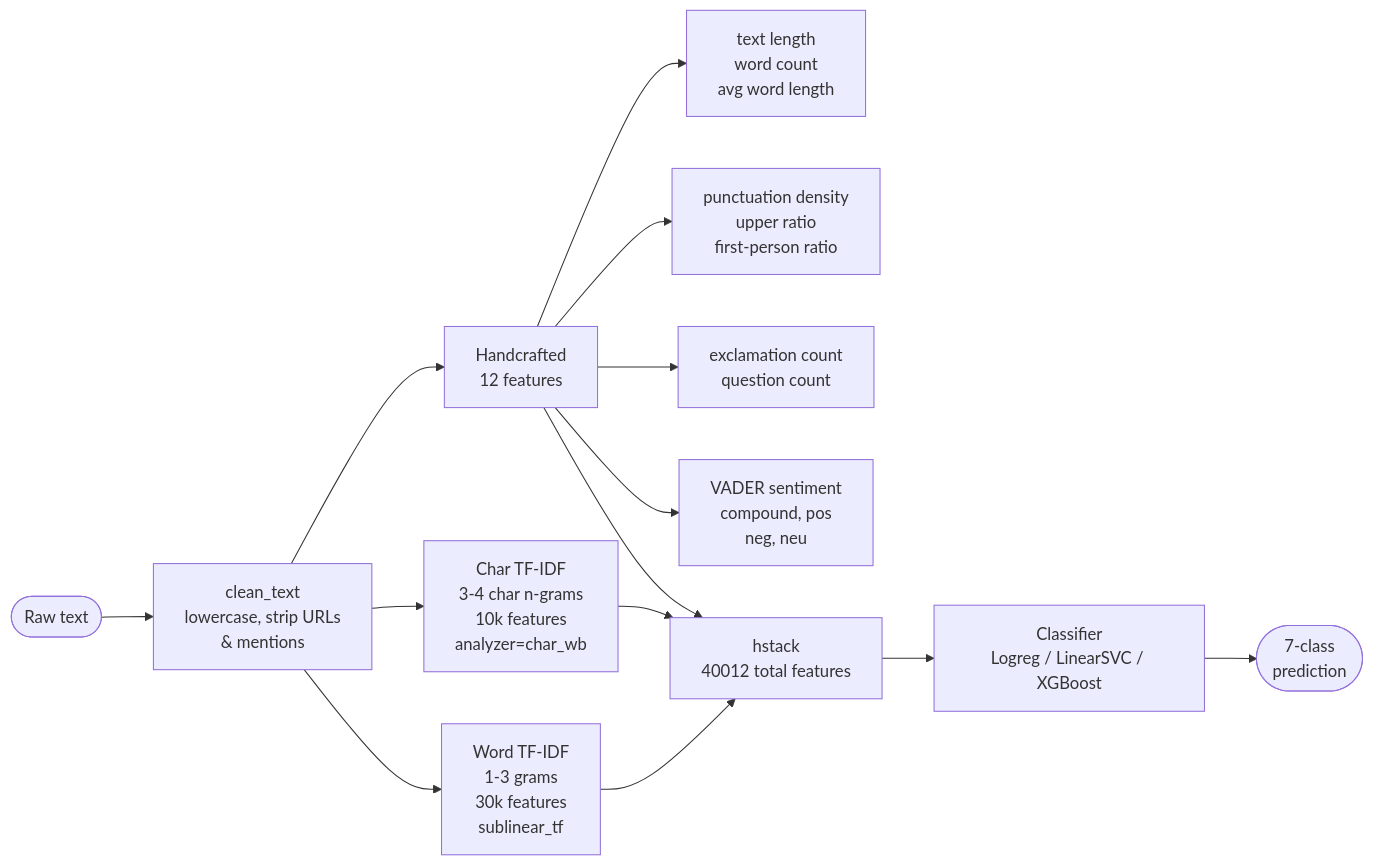
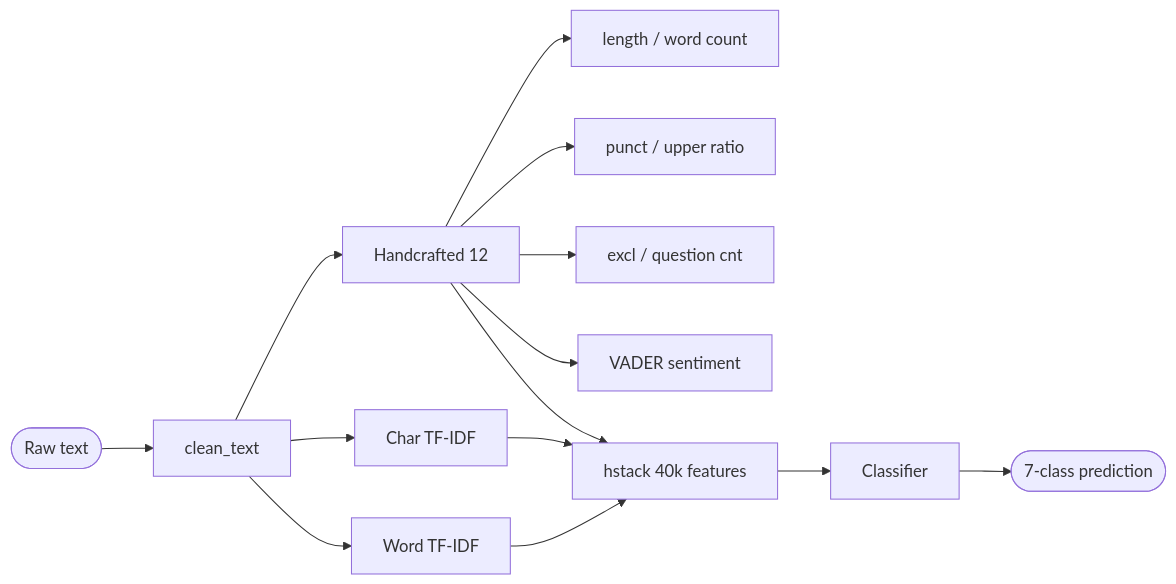
One commit to YashrajRC/DA5402_MLOPS_ProjectV2 changed the seventh of 7 diagrams in docs/architecture.md. Above: the diagram before and after it, drawn with Mermaid. The commit also changed other lines of this file and 6 other files, not shown here.

````diff
--- a/docs/architecture.md
+++ b/docs/architecture.md
@@ -245,20 +245,20 @@
 ```mermaid
 flowchart LR
-    TEXT([Raw text]) --> CLEAN[clean_text\nlowercase, strip URLs\n& mentions]
+    TEXT([Raw text]) --> CLEAN[clean_text]
 
-    CLEAN --> W[Word TF-IDF\n1-3 grams\n30k features\nsublinear_tf]
-    CLEAN --> C[Char TF-IDF\n3-4 char n-grams\n10k features\nanalyzer=char_wb]
-    CLEAN --> H[Handcrafted\n12 features]
+    CLEAN --> W[Word TF-IDF]
+    CLEAN --> C[Char TF-IDF]
+    CLEAN --> H[Handcrafted 12]
 
-    H --> H1[text length\nword count\navg word length]
-    H --> H2[punctuation density\nupper ratio\nfirst-person ratio]
-    H --> H3[exclamation count\nquestion count]
-    H --> H4[VADER sentiment\ncompound, pos\nneg, neu]
+    H --> H1[length / word count]
+    H --> H2[punct / upper ratio]
+    H --> H3[excl / question cnt]
+    H --> H4[VADER sentiment]
 
-    W --> HSTACK[hstack\n40012 total features]
+    W --> HSTACK[hstack 40k features]
     C --> HSTACK
     H --> HSTACK
 
-    HSTACK --> CLF[Classifier\nLogreg / LinearSVC / XGBoost]
-    CLF --> PRED([7-class\nprediction])
+    HSTACK --> CLF[Classifier]
+    CLF --> PRED([7-class prediction])
 ```
````
